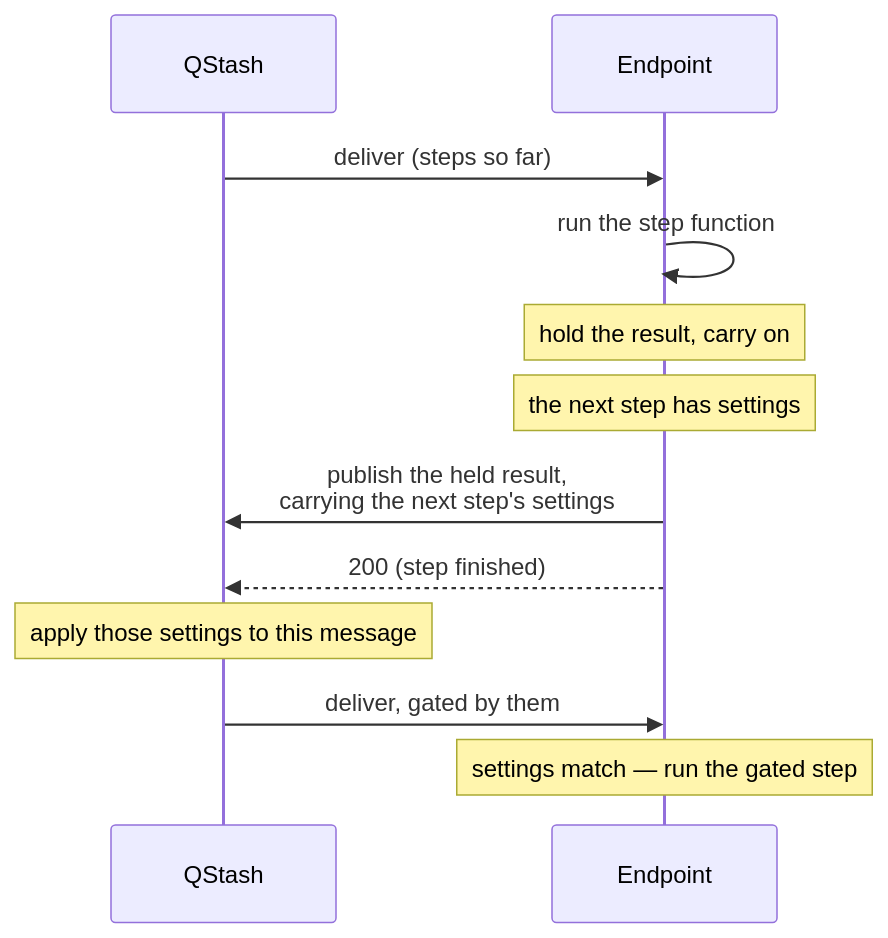
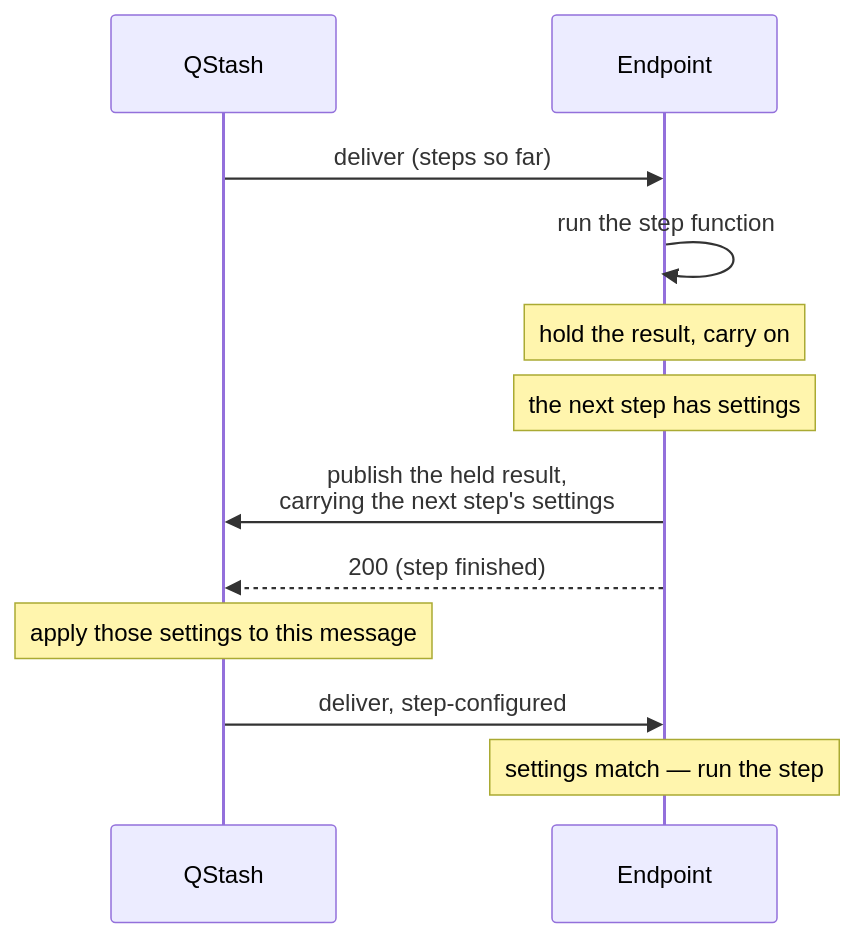
One commit to upstash/workflow-js changed the fifth of 10 diagrams in src/GLOSSARY.md. Above: the diagram before and after it, drawn with Mermaid. The commit also changed other lines of this file and 15 other files, not shown here.

````diff
--- a/src/GLOSSARY.md
+++ b/src/GLOSSARY.md
@@ -216,14 +256,14 @@
 ```mermaid
 sequenceDiagram
     participant Q as QStash
     participant E as Endpoint
     Q->>E: deliver (steps so far)
     E->>E: run the step function
     Note over E: hold the result, carry on
     Note over E: the next step has settings
     E->>Q: publish the held result,<br/>carrying the next step's settings
     E-->>Q: 200 (step finished)
     Note over Q: apply those settings to this message
-    Q->>E: deliver, gated by them
-    Note over E: settings match — run the gated step
+    Q->>E: deliver, step-configured
+    Note over E: settings match — run the step
 ```
````
